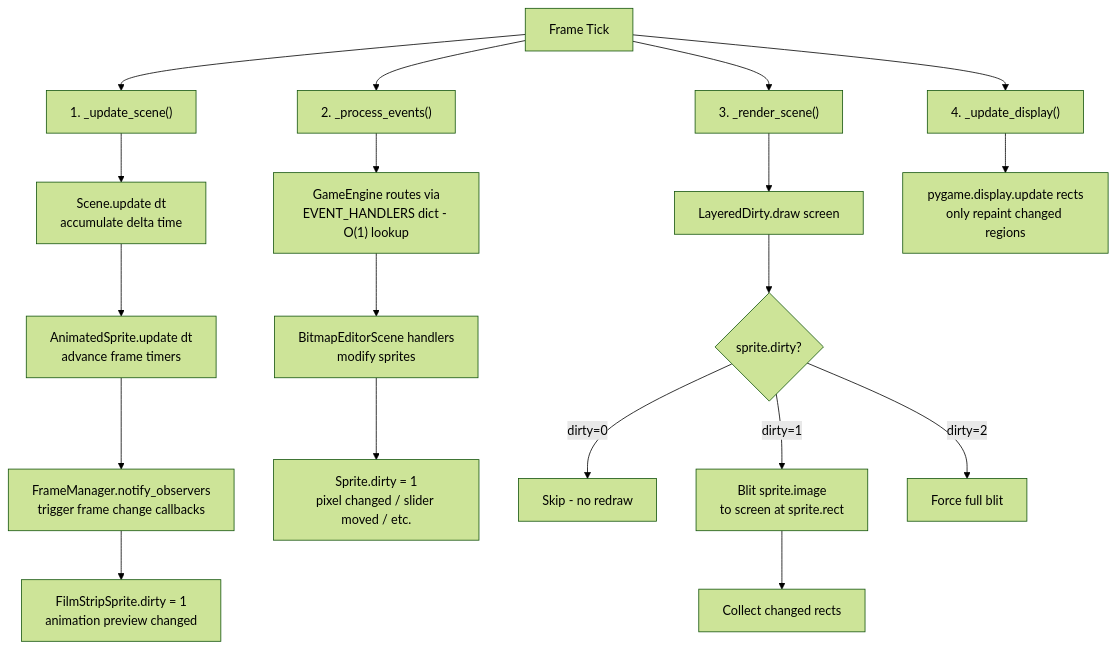
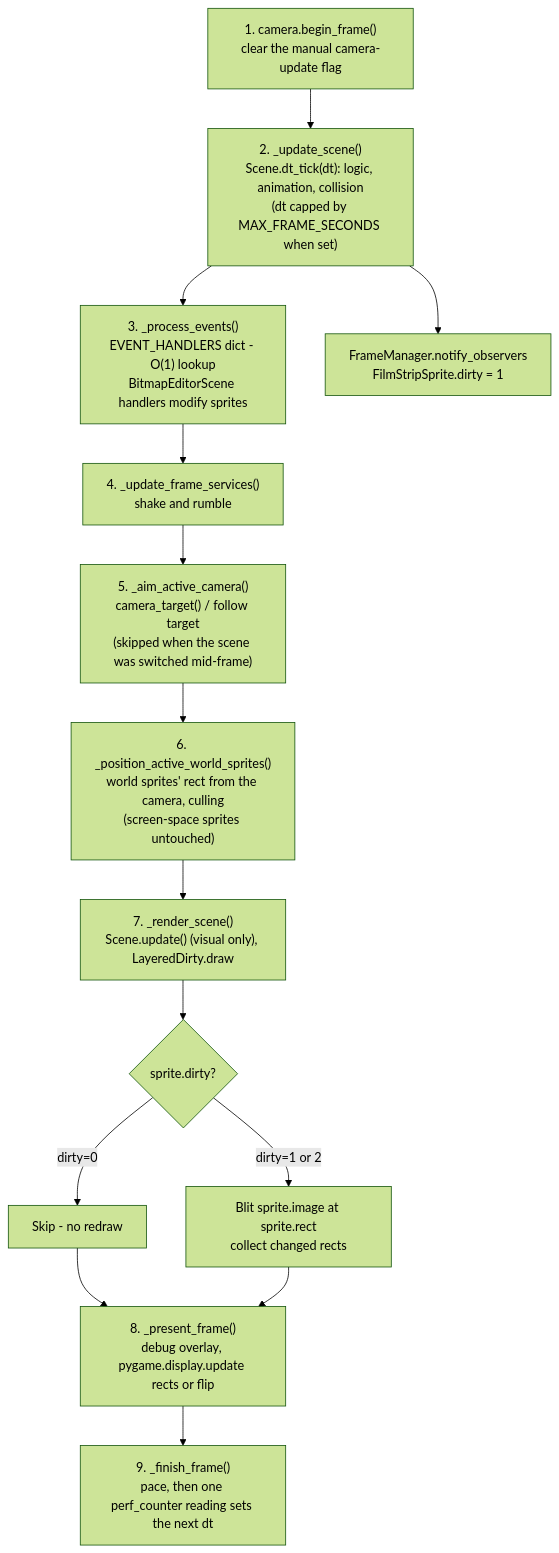
Before and after one commit to terrysimons/glitchygames: the fifth of 8 diagrams in BITMAPPY_ARCHITECTURE.md, drawn with Mermaid (forest theme). The commit also changed other lines of this file and 15 other files, not shown here.

First line of the commit message:
Share BallSprite.drawn_center and the ball test helper; real frame order in pipeline docs

````diff
--- a/BITMAPPY_ARCHITECTURE.md
+++ b/BITMAPPY_ARCHITECTURE.md
@@ -236,24 +239,17 @@
 ```mermaid
 flowchart TD
-    TICK["Frame Tick"] --> UPDATE["1. _update_scene()"]
-    UPDATE --> DT["Scene.update dt\naccumulate delta time"]
-    DT --> ANIM["AnimatedSprite.update dt\nadvance frame timers"]
-    ANIM --> FM["FrameManager.notify_observers\ntrigger frame change callbacks"]
-    FM --> DIRTY1["FilmStripSprite.dirty = 1\nanimation preview changed"]
-
-    TICK --> EVENTS["2. _process_events()"]
-    EVENTS --> ROUTE["GameEngine routes via\nEVENT_HANDLERS dict - O(1) lookup"]
-    ROUTE --> HANDLER["BitmapEditorScene handlers\nmodify sprites"]
-    HANDLER --> DIRTY2["Sprite.dirty = 1\npixel changed / slider moved / etc."]
-
-    TICK --> RENDER["3. _render_scene()"]
-    RENDER --> LDG["LayeredDirty.draw screen"]
-    LDG --> CHECK{"sprite.dirty?"}
+    BEGIN["1. camera.begin_frame()\nclear the manual camera-update flag"] --> LOGIC
+    LOGIC["2. _update_scene()\nScene.dt_tick(dt): logic, animation, collision\n(dt capped by MAX_FRAME_SECONDS when set)"] --> EVENTS
+    LOGIC --> FM["FrameManager.notify_observers\nFilmStripSprite.dirty = 1"]
+    EVENTS["3. _process_events()\nEVENT_HANDLERS dict - O(1) lookup\nBitmapEditorScene handlers modify sprites"] --> SERVICES
+    SERVICES["4. _update_frame_services()\nshake and rumble"] --> AIM
+    AIM["5. _aim_active_camera()\ncamera_target() / follow target\n(skipped when the scene was switched mid-frame)"] --> POSITION
+    POSITION["6. _position_active_world_sprites()\nworld sprites' rect from the camera, culling\n(screen-space sprites untouched)"] --> RENDER
+    RENDER["7. _render_scene()\nScene.update() (visual only), LayeredDirty.draw"] --> CHECK{"sprite.dirty?"}
     CHECK -->|"dirty=0"| SKIP["Skip - no redraw"]
-    CHECK -->|"dirty=1"| REDRAW["Blit sprite.image\nto screen at sprite.rect"]
-    CHECK -->|"dirty=2"| FORCE["Force full blit"]
-    REDRAW --> RECTS["Collect changed rects"]
-
-    TICK --> DISPLAY["4. _update_display()"]
-    DISPLAY --> PUPDATE["pygame.display.update rects\nonly repaint changed regions"]
+    CHECK -->|"dirty=1 or 2"| REDRAW["Blit sprite.image at sprite.rect\ncollect changed rects"]
+    SKIP --> PRESENT
+    REDRAW --> PRESENT
+    PRESENT["8. _present_frame()\ndebug overlay, pygame.display.update rects or flip"] --> FINISH
+    FINISH["9. _finish_frame()\npace, then one perf_counter reading sets the next dt"]
 ```
````
